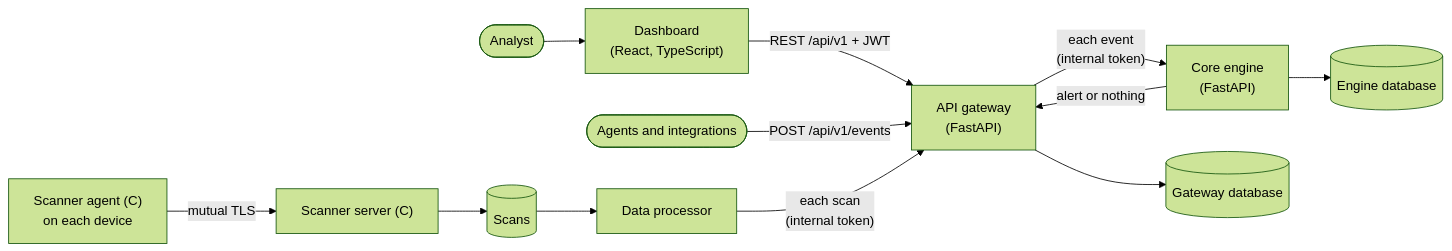
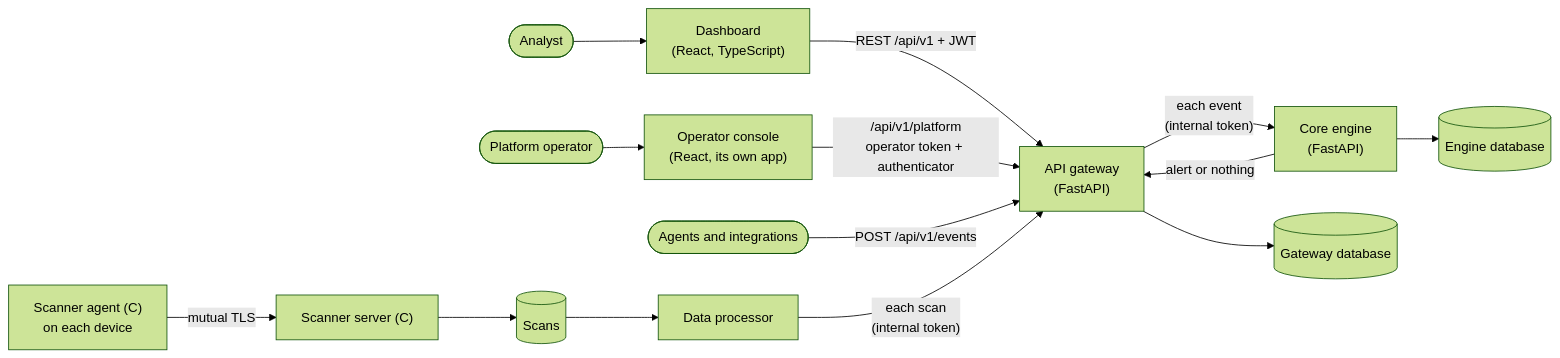
Before and after one commit to Alex-Muhscience/UTDRS-Capstone-Project: the diagram in README.md, drawn with Mermaid (forest theme). The commit also changed other lines of this file and 85 other files, not shown here.

First line of the commit message:
Separate platform operators from organisations, with their own console

````diff
--- a/README.md
+++ b/README.md
@@ -27,14 +27,16 @@
 ```mermaid
 flowchart LR
   analyst(["Analyst"]) --> web["Dashboard<br/>(React, TypeScript)"]
   web -- "REST /api/v1 + JWT" --> gateway["API gateway<br/>(FastAPI)"]
+  operator(["Platform operator"]) --> console["Operator console<br/>(React, its own app)"]
+  console -- "/api/v1/platform<br/>operator token + authenticator" --> gateway
   sources(["Agents and integrations"]) -- "POST /api/v1/events" --> gateway
   gateway -- "each event<br/>(internal token)" --> engine["Core engine<br/>(FastAPI)"]
   engine -- "alert or nothing" --> gateway
   gateway --> gdb[("Gateway database")]
   engine --> edb[("Engine database")]
   agent["Scanner agent (C)<br/>on each device"] -- "mutual TLS" --> scanserver["Scanner server (C)"]
   scanserver --> sdb[("Scans")]
   sdb --> processor["Data processor"]
   processor -- "each scan<br/>(internal token)" --> gateway
 ```
````
